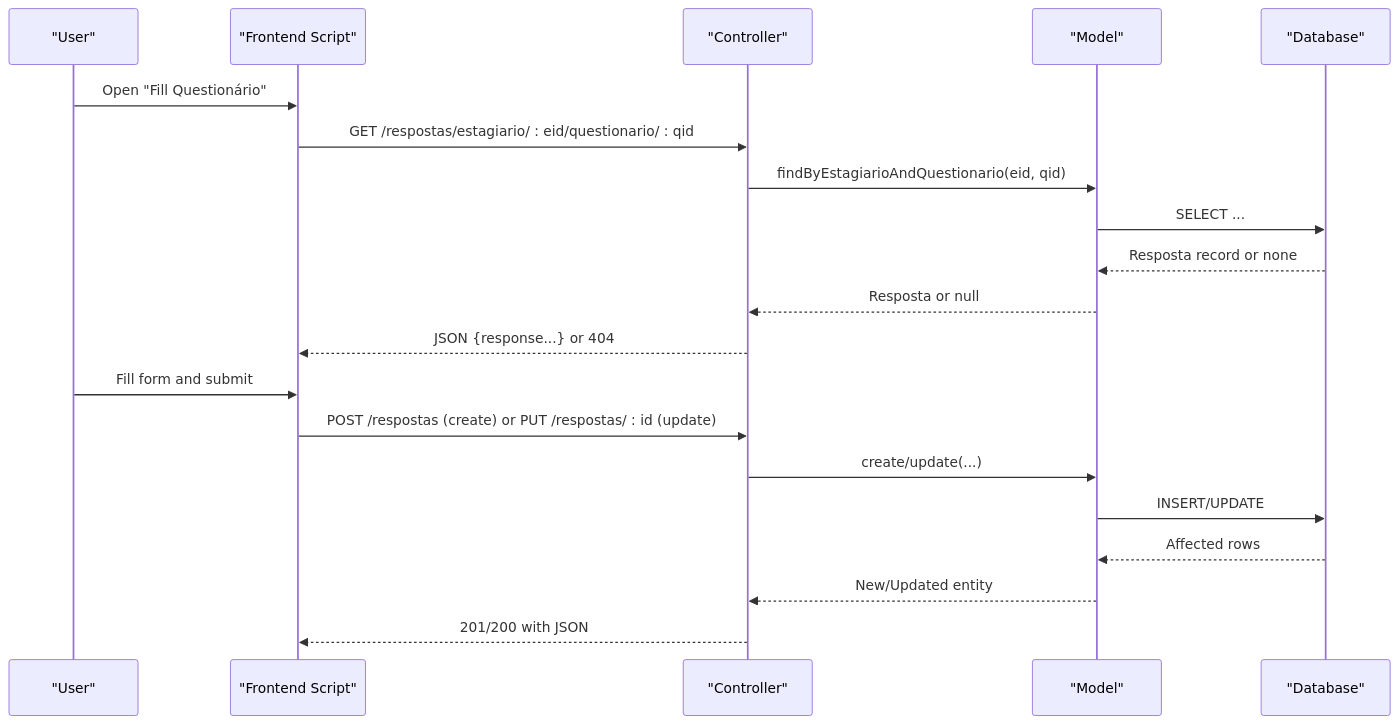
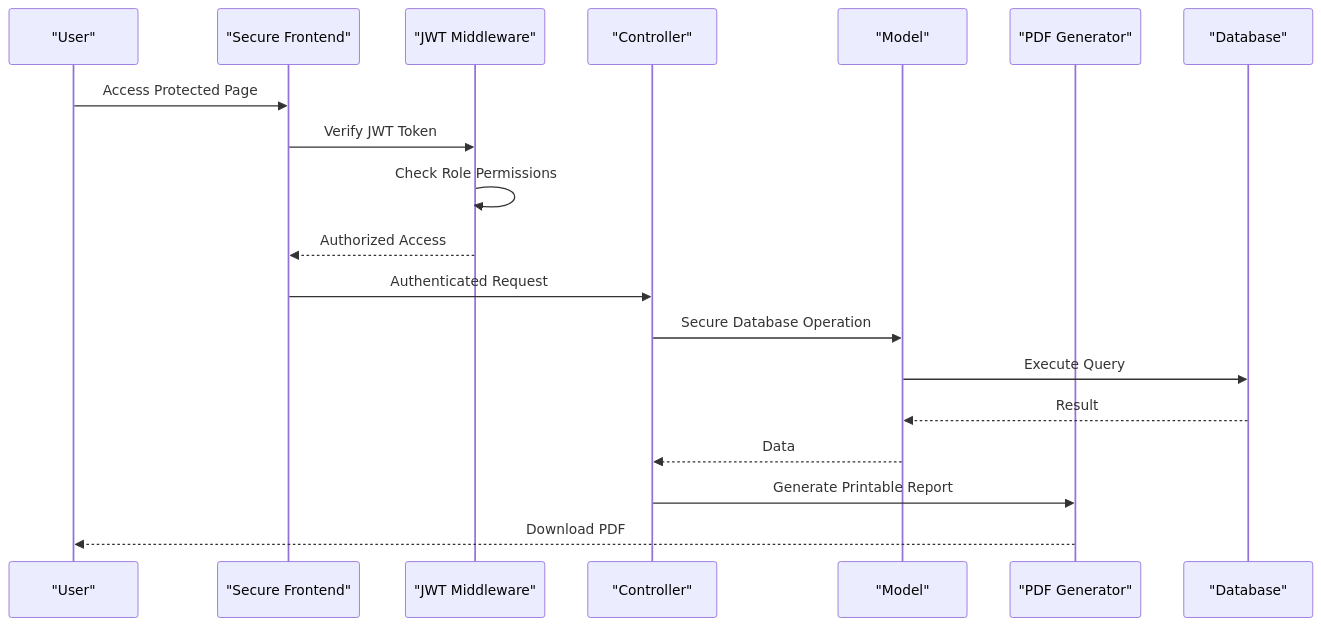
One commit to luiseduacosta/nodemural changed the second of 9 diagrams in .qoder/repowiki/en/content/Core Features Implementation/Questionnaire & Assessment System.md. Above: the diagram before and after it, drawn with Mermaid. The commit also changed other lines of this file and 30 other files, not shown here.

Commit message:
Update tables schema.

````diff
--- a/.qoder/repowiki/en/content/Core Features Implementation/Questionnaire & Assessment System.md
+++ b/.qoder/repowiki/en/content/Core Features Implementation/Questionnaire & Assessment System.md
@@ -144,22 +152,21 @@
 ```mermaid
 sequenceDiagram
 participant U as "User"
-participant FE as "Frontend Script"
+participant FE as "Secure Frontend"
+participant SEC as "JWT Middleware"
 participant API as "Controller"
 participant MD as "Model"
+participant PDF as "PDF Generator"
 participant DB as "Database"
-U->>FE : Open "Fill Questionário"
-FE->>API : GET /respostas/estagiario/ : eid/questionario/ : qid
-API->>MD : findByEstagiarioAndQuestionario(eid, qid)
-MD->>DB : SELECT ...
-DB-->>MD : Resposta record or none
-MD-->>API : Resposta or null
-API-->>FE : JSON {response...} or 404
-U->>FE : Fill form and submit
-FE->>API : POST /respostas (create) or PUT /respostas/ : id (update)
-API->>MD : create/update(...)
-MD->>DB : INSERT/UPDATE
-DB-->>MD : Affected rows
-MD-->>API : New/Updated entity
-API-->>FE : 201/200 with JSON
+U->>FE : Access Protected Page
+FE->>SEC : Verify JWT Token
+SEC->>SEC : Check Role Permissions
+SEC-->>FE : Authorized Access
+FE->>API : Authenticated Request
+API->>MD : Secure Database Operation
+MD->>DB : Execute Query
+DB-->>MD : Result
+MD-->>API : Data
+API->>PDF : Generate Printable Report
+PDF-->>U : Download PDF
 ```
````
